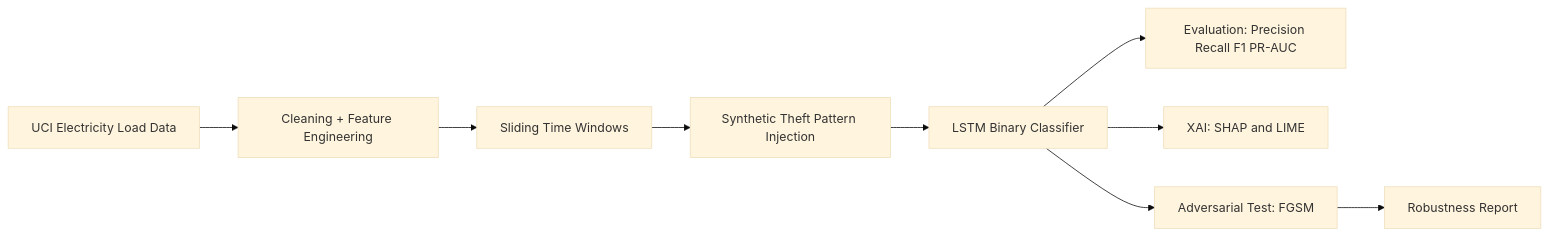
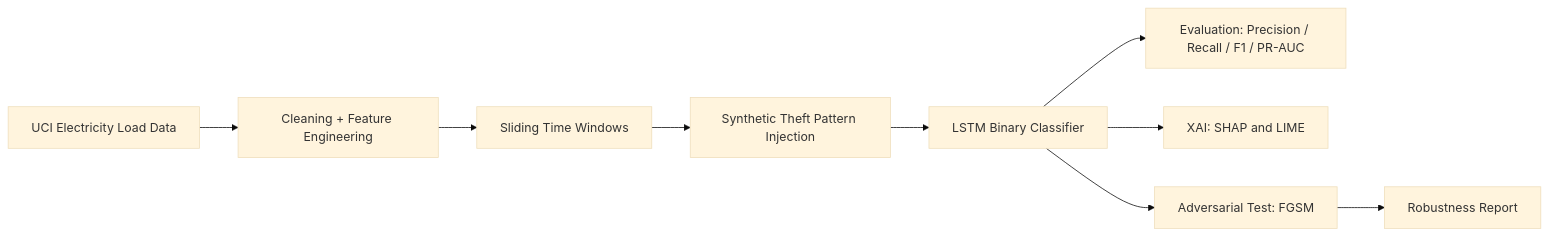
The diagram in README.md (nonkronk/maim654-project), drawn with Mermaid (base theme) before and after one commit. The commit also changed other lines of this file, not shown here.

````diff
--- a/README.md
+++ b/README.md
@@ -41,11 +38,11 @@
 ```mermaid
 flowchart LR
     A[UCI Electricity Load Data] --> B[Cleaning + Feature Engineering]
     B --> C[Sliding Time Windows]
     C --> D[Synthetic Theft Pattern Injection]
     D --> E[LSTM Binary Classifier]
-    E --> F[Evaluation: Precision Recall F1 PR-AUC]
+    E --> F[Evaluation: Precision / Recall / F1 / PR-AUC]
     E --> G[XAI: SHAP and LIME]
     E --> H[Adversarial Test: FGSM]
     H --> I[Robustness Report]
 ```
````
